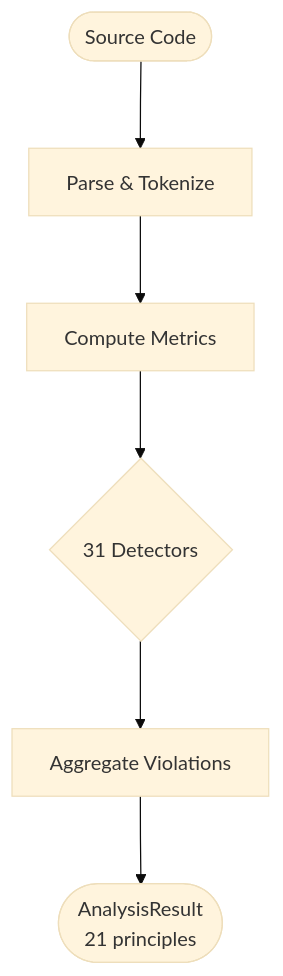
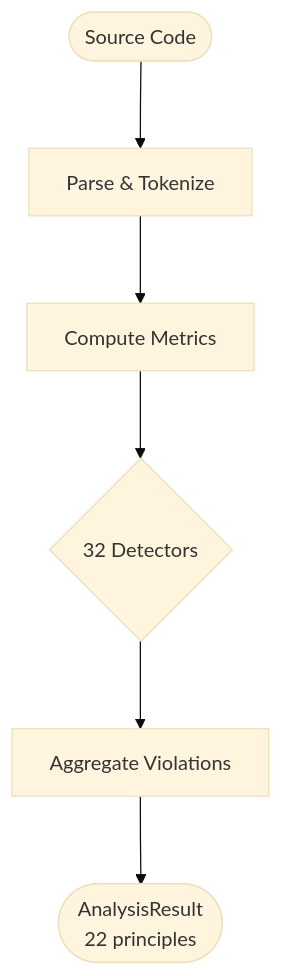
One commit to Anselmoo/mcp-zen-of-languages changed the third of 4 diagrams in docs/user-guide/languages/python.md. Above: the diagram before and after it, drawn with Mermaid. The commit also changed other lines of this file and 13 other files, not shown here.

````diff
--- a/docs/user-guide/languages/python.md
+++ b/docs/user-guide/languages/python.md
@@ -619,9 +643,9 @@
     ```mermaid
     %%{init: {"theme": "base", "flowchart": {"useMaxWidth": false, "htmlLabels": true, "nodeSpacing": 50, "rankSpacing": 70}}}%%
     flowchart TD
     Source(["Source Code"]) --> Parse["Parse & Tokenize"]
     Parse --> Metrics["Compute Metrics"]
-    Metrics --> Pipeline{"31 Detectors"}
+    Metrics --> Pipeline{"32 Detectors"}
     Pipeline --> Collect["Aggregate Violations"]
-    Collect --> Result(["AnalysisResult<br/>21 principles"])
+    Collect --> Result(["AnalysisResult<br/>22 principles"])
     ```
````
